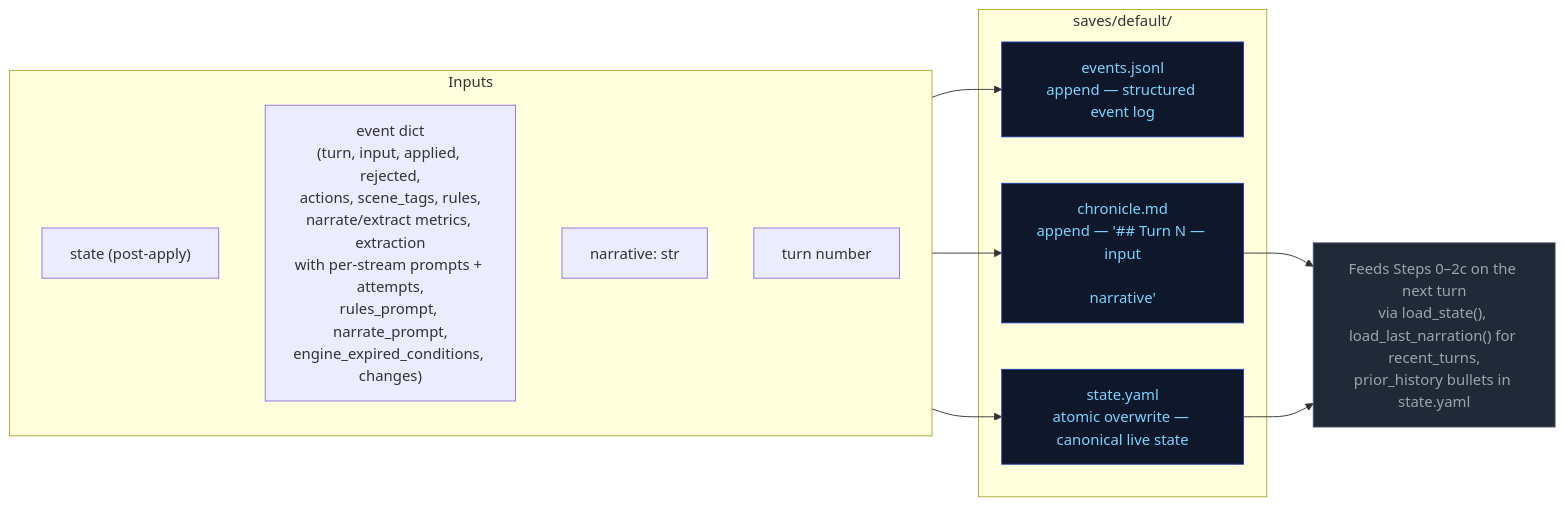
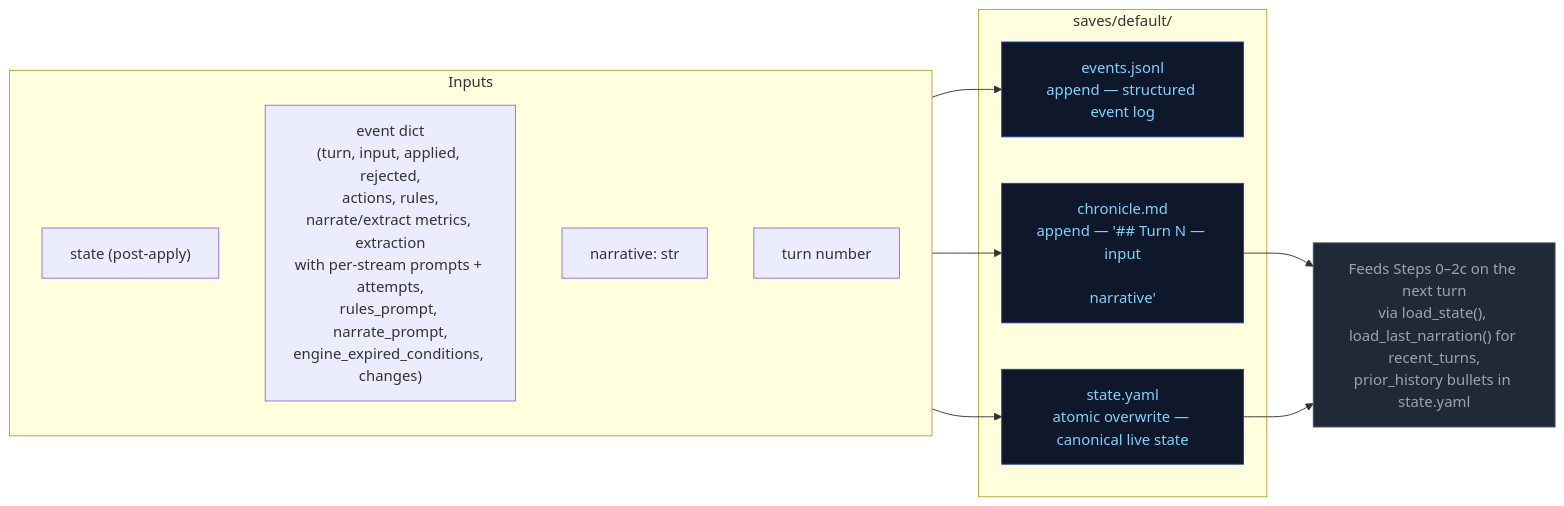
Before and after one commit to pww217/fablethread: the diagram in docs/architecture/persist.md, drawn with Mermaid. The commit also changed 26 other files, not shown here.

````diff
--- a/docs/architecture/persist.md
+++ b/docs/architecture/persist.md
@@ -7,26 +7,26 @@
 ```mermaid
 flowchart LR
     classDef storageNode fill:#0f172a,color:#7dd3fc,stroke:#1e40af
     classDef pyNode      fill:#1f2937,color:#9ca3af,stroke:#4b5563
 
     subgraph IN["Inputs"]
         P1["state (post-apply)"]
-        P2["event dict<br>(turn, input, applied, rejected,<br>actions, scene_tags, rules,<br>narrate/extract metrics, extraction<br>with per-stream prompts + attempts,<br>rules_prompt, narrate_prompt,<br>engine_expired_conditions, changes)"]
+        P2["event dict<br>(turn, input, applied, rejected,<br>actions, rules,<br>narrate/extract metrics, extraction<br>with per-stream prompts + attempts,<br>rules_prompt, narrate_prompt,<br>engine_expired_conditions, changes)"]
         P3["narrative: str"]
         P4["turn number"]
     end
 
     subgraph WRITES["saves/default/"]
         W1["events.jsonl<br>append — structured event log"]:::storageNode
         W2["state.yaml<br>atomic overwrite — canonical live state"]:::storageNode
         W3["chronicle.md<br>append — '## Turn N — input\n\nnarrative'"]:::storageNode
     end
 
     READBACK["Feeds Steps 0–2c on the next turn<br>via load_state(), load_last_narration() for recent_turns,<br>prior_history bullets in state.yaml"]:::pyNode
 
     IN --> W1
     IN --> W2
     IN --> W3
     W3 --> READBACK
     W2 --> READBACK
 ```
````
